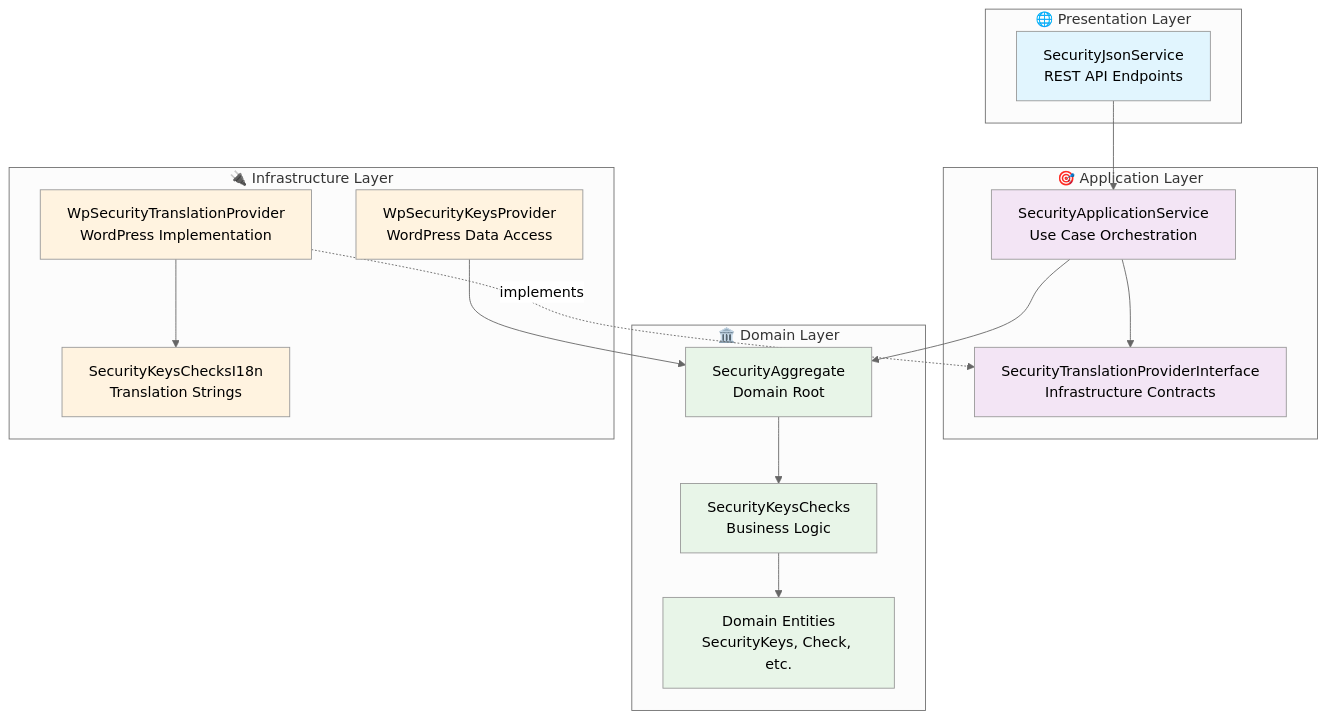
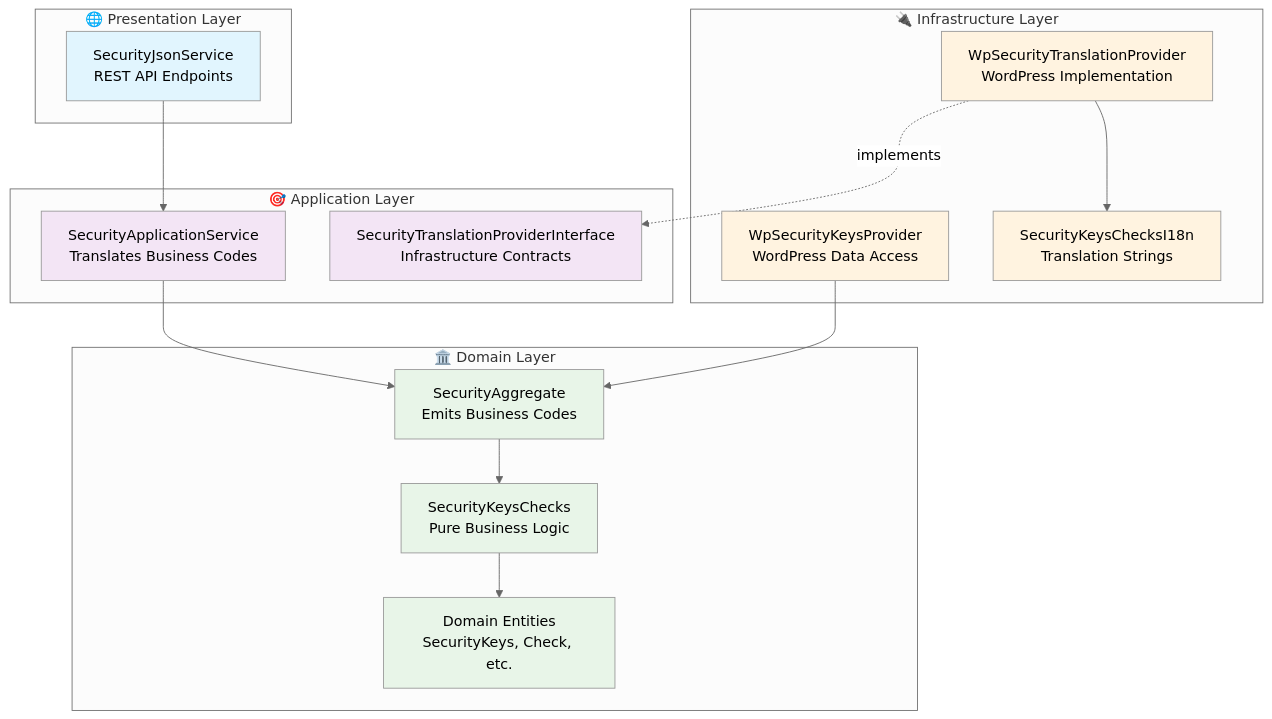
The first of 2 diagrams in README.md (JosephGabito/Roko), drawn with Mermaid (neutral theme) before and after one commit. The commit also changed other lines of this file and 3 other files, not shown here.

First line of the commit message:
Refactor to emit business codes from Domain layer

````diff
--- a/README.md
+++ b/README.md
@@ -16,42 +18,41 @@
 ```mermaid
 graph TD
     subgraph "🌐 Presentation Layer"
         REST["SecurityJsonService<br/>REST API Endpoints"]
     end
     
     subgraph "🎯 Application Layer"
-        APP["SecurityApplicationService<br/>Use Case Orchestration"]
+        APP["SecurityApplicationService<br/>Translates Business Codes"]
         INTRF["SecurityTranslationProviderInterface<br/>Infrastructure Contracts"]
     end
     
     subgraph "🏛️ Domain Layer"
-        AGG["SecurityAggregate<br/>Domain Root"]
-        CHECKS["SecurityKeysChecks<br/>Business Logic"]
+        AGG["SecurityAggregate<br/>Emits Business Codes"]
+        CHECKS["SecurityKeysChecks<br/>Pure Business Logic"]
         ENTITIES["Domain Entities<br/>SecurityKeys, Check, etc."]
     end
     
     subgraph "🔌 Infrastructure Layer"
         WP_TRANS["WpSecurityTranslationProvider<br/>WordPress Implementation"]
         WP_REPO["WpSecurityKeysProvider<br/>WordPress Data Access"]
         I18N["SecurityKeysChecksI18n<br/>Translation Strings"]
     end
     
     REST --> APP
     APP --> AGG
-    APP --> INTRF
     AGG --> CHECKS
     CHECKS --> ENTITIES
     WP_TRANS -.->|implements| INTRF
     WP_REPO --> AGG
     WP_TRANS --> I18N
     
     classDef presentation fill:#e1f5fe
     classDef application fill:#f3e5f5
     classDef domain fill:#e8f5e8
     classDef infrastructure fill:#fff3e0
     
     class REST presentation
     class APP,INTRF application
     class AGG,CHECKS,ENTITIES domain
     class WP_TRANS,WP_REPO,I18N infrastructure
 ```
````
